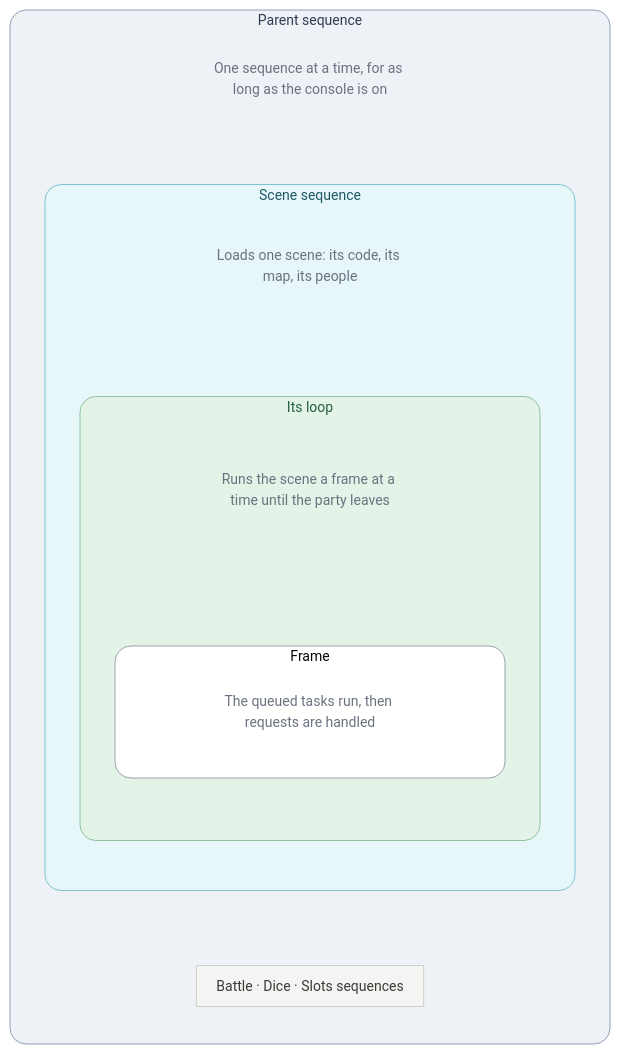
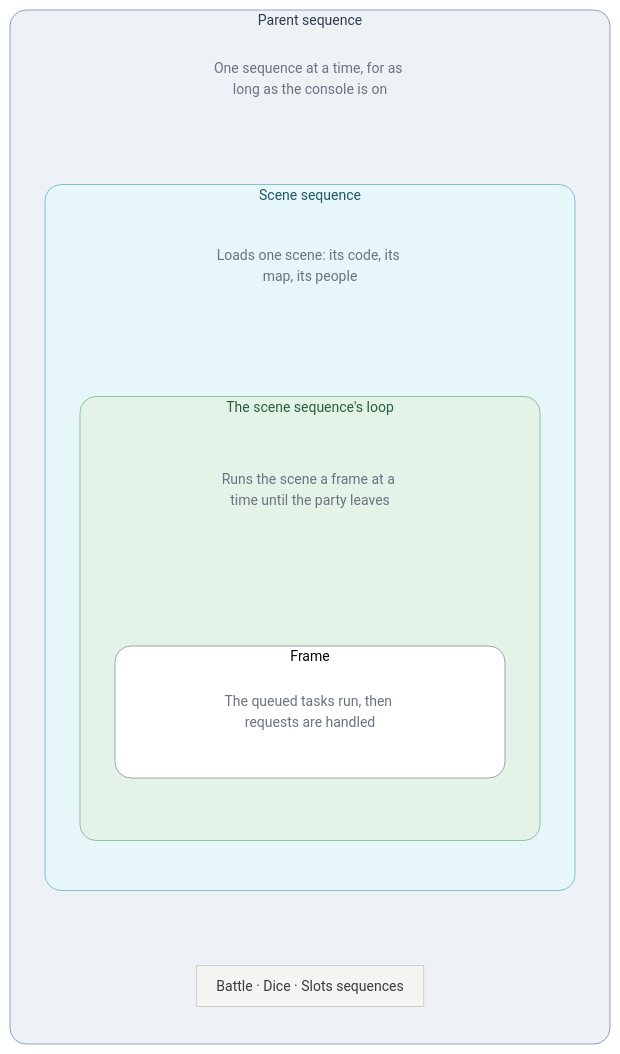
Before and after one commit to PascalPixel/alchemy: the first of 9 diagrams in games/tbs/README.md, drawn with Mermaid. The commit also changed other lines of this file and 6 other files, not shown here.

First line of the commit message:
The parent sequence, reviewed: one sequence after another, the scene sequence's loop

````diff
--- a/games/tbs/README.md
+++ b/games/tbs/README.md
@@ -35,33 +35,33 @@
 ```mermaid
 %%{init: {"theme": "base", "themeVariables": {"lineColor": "#9AA3AE", "fontSize": "14px"}, "flowchart": {"padding": 10}}}%%
 flowchart TB
   subgraph seqm ["Parent sequence"]
     direction TB
     c1["One sequence at a time, for as long as the console is on"]
     subgraph scene ["Scene sequence"]
       direction TB
       c2["Loads one scene: its code, its map, its people"]
-      subgraph mgr ["Its loop"]
+      subgraph mgr ["The scene sequence's loop"]
         direction TB
         c3["Runs the scene a frame at a time until the party leaves"]
         subgraph frame ["Frame"]
           direction LR
           c4["The queued tasks run, then requests are handled"]
         end
       end
     end
     others["Battle · Dice · Slots sequences"]
   end
   c1 ~~~ scene
   c2 ~~~ mgr
   c3 ~~~ frame
   scene ~~~ others
   classDef caption fill:transparent,stroke:transparent,color:#6B7280
   classDef step fill:#F4F4F2,stroke:#CFCFCB,color:#3A3A38
   class c1,c2,c3,c4 caption
   class others step
   style seqm fill:#EEF1F6,stroke:#8FA0B8,color:#2E3C50,rx:16,ry:16
   style scene fill:#E6F6F9,stroke:#7FC3D0,color:#1E5966,rx:16,ry:16
   style mgr fill:#E4F3E8,stroke:#8DC49E,color:#25603A,rx:16,ry:16
   style frame fill:#FFFFFF,stroke:#9AA3AE,rx:16,ry:16
 ```
````
